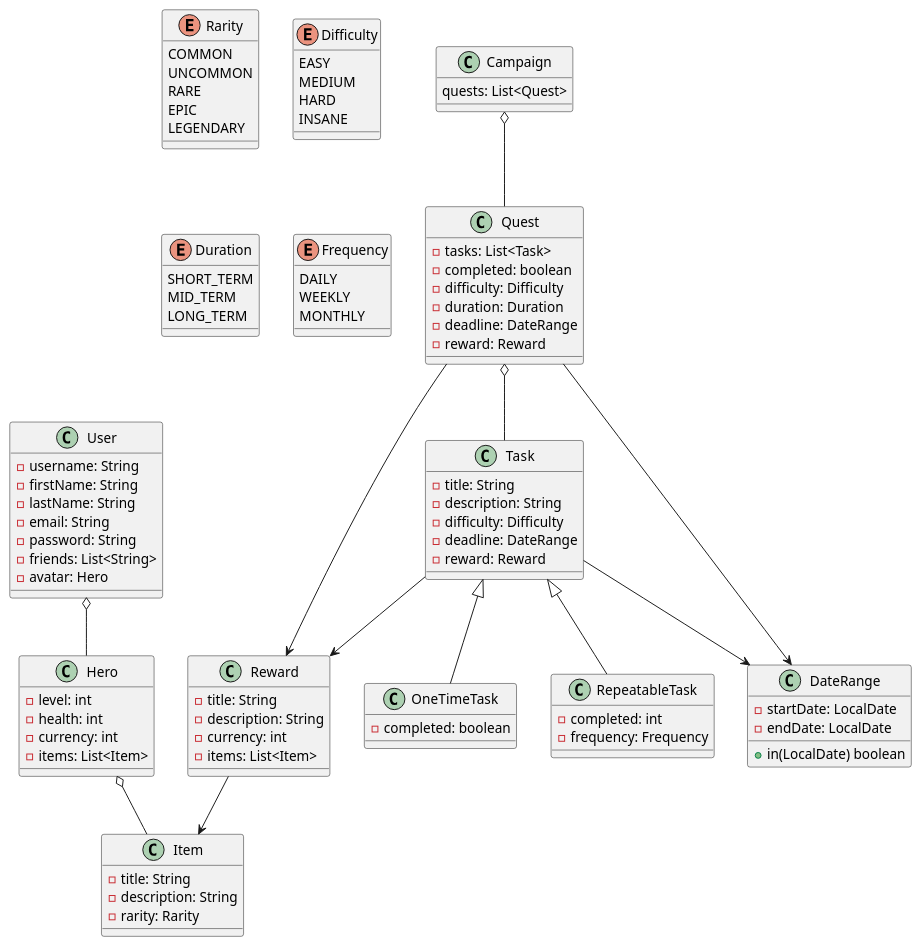
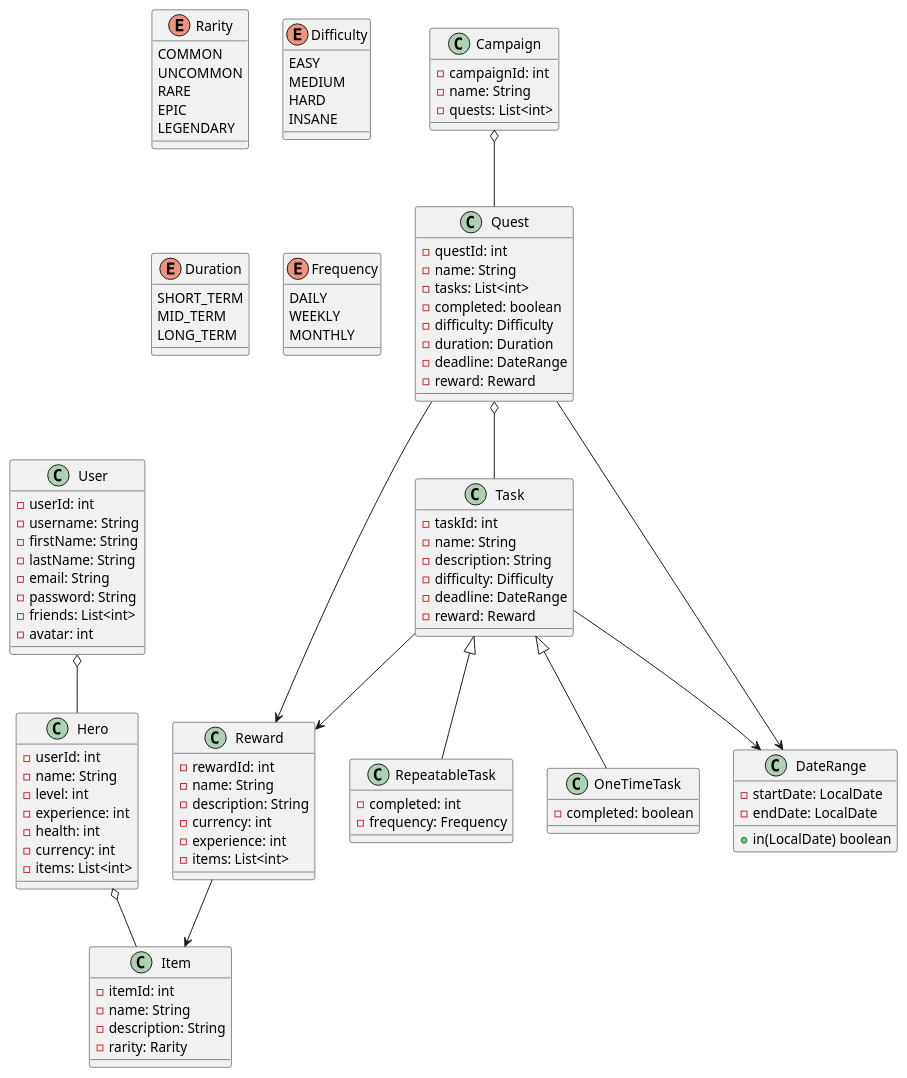
The diagram in project_documents/CD.puml (ljwhitt83/lbcProject), drawn with PlantUML before and after one commit. The commit also changed 4 other files, not shown here.

```diff
--- a/project_documents/CD.puml
+++ b/project_documents/CD.puml
@@ -1,111 +1,123 @@
 @startuml
 
+class User {
+    -userId: int
+    -username: String
+    -firstName: String
+    -lastName: String
+    -email: String
+    -password: String
+    -friends: List<int>
+    -avatar: int
+}
+
+class Hero {
+    -userId: int
+    -name: String
+    -level: int
+    -experience: int
+    -health: int
+    -currency: int
+    -items: List<int>
+}
+
 class Task {
-    -title: String
+    -taskId: int
+    -name: String
     -description: String
     -difficulty: Difficulty
     -deadline: DateRange
     -reward: Reward
 }
 
 class RepeatableTask {
     -completed: int
     -frequency: Frequency
 }
 
 class OneTimeTask {
     -completed: boolean
 }
 
-class Campaign {
-    quests: List<Quest>
-}
-
 class Quest {
-    -tasks: List<Task>
+    -questId: int
+    -name: String
+    -tasks: List<int>
     -completed: boolean
     -difficulty: Difficulty
     -duration: Duration
     -deadline: DateRange
     -reward: Reward
 }
 
-class Reward {
-    -title: String
-    -description: String
-    -currency: int
-    -items: List<Item>
-}
-
-class User {
-    -username: String
-    -firstName: String
-    -lastName: String
-    -email: String
-    -password: String
-    -friends: List<String>
-    -avatar: Hero
-}
-
-class Hero {
-    -level: int
-    -health: int
-    -currency: int
-    -items: List<Item>
+class Campaign {
+    -campaignId: int
+    -name: String
+    -quests: List<int>
 }
 
 class Item {
-    -title: String
+    -itemId: int
+    -name: String
     -description: String
     -rarity: Rarity
+}
+
+class Reward {
+    -rewardId: int
+    -name: String
+    -description: String
+    -currency: int
+    -experience: int
+    -items: List<int>
 }
 
 enum Rarity {
     COMMON
     UNCOMMON
     RARE
     EPIC
     LEGENDARY
 }
 
 enum Difficulty {
     EASY
     MEDIUM
     HARD
     INSANE
 }
 
 enum Duration {
     SHORT_TERM
     MID_TERM
     LONG_TERM
 }
 
 enum Frequency {
     DAILY
     WEEKLY
     MONTHLY
 }
 
 class DateRange {
     -startDate: LocalDate
     -endDate: LocalDate
     +in(LocalDate) boolean
 }
 
 Campaign o-- Quest
 Quest o-- Task
 
 Task --> Reward
 Task --> DateRange
 Task <|-- RepeatableTask
 Task <|-- OneTimeTask
 
 Quest --> DateRange
 Quest --> Reward
 
 User o-- Hero
 Hero o-- Item
 Reward --> Item
 
 @enduml
```
